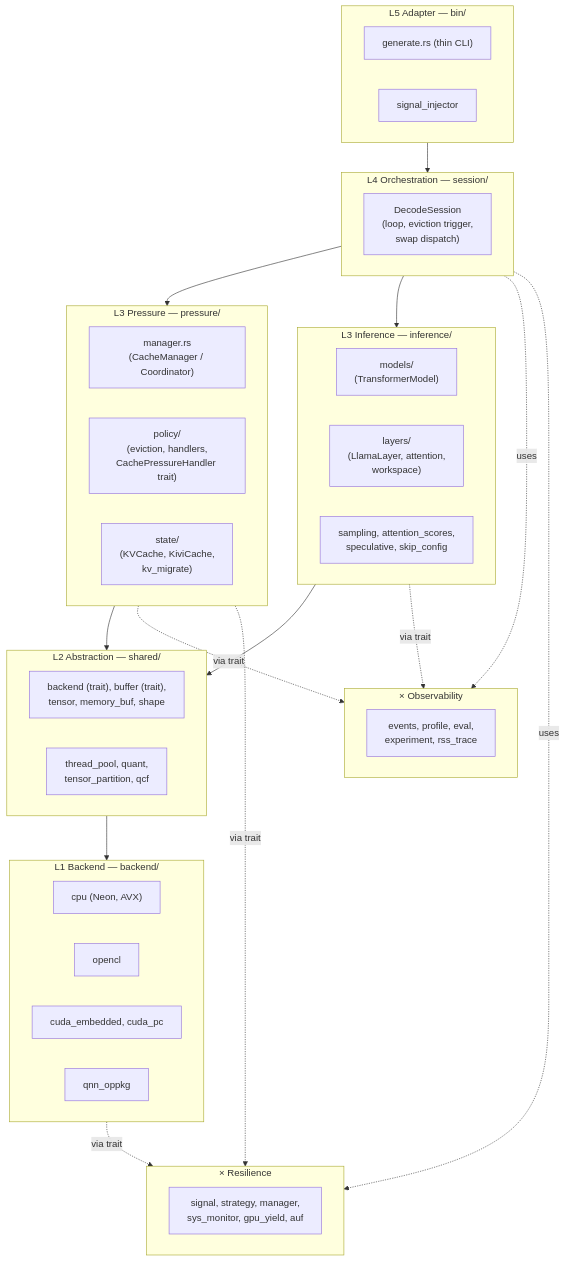
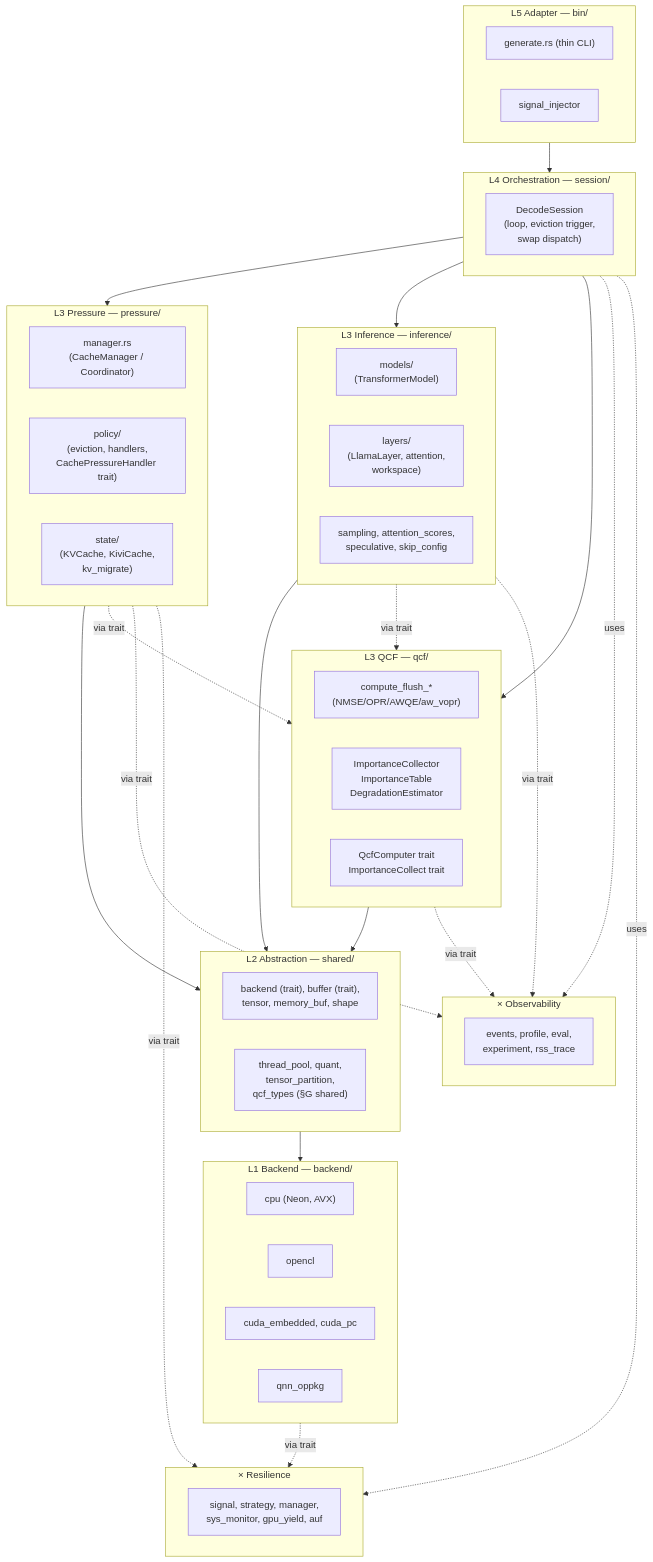
Before and after one commit to hedone21/llm_rs2: the sixth of 6 diagrams in ARCHITECTURE.md, drawn with Mermaid. The commit also changed other lines of this file and 4 other files, not shown here.

````diff
--- a/ARCHITECTURE.md
+++ b/ARCHITECTURE.md
@@ -1107,49 +1110,59 @@
 ```mermaid
 flowchart TB
     subgraph L5 ["L5 Adapter — bin/"]
         Gen["generate.rs (thin CLI)"]
         SigInj["signal_injector"]
     end
     subgraph L4 ["L4 Orchestration — session/"]
         Sess["DecodeSession<br/>(loop, eviction trigger,<br/>swap dispatch)"]
     end
     subgraph L3A ["L3 Pressure — pressure/"]
         CM["manager.rs<br/>(CacheManager / Coordinator)"]
         Pol["policy/<br/>(eviction, handlers,<br/>CachePressureHandler trait)"]
         State["state/<br/>(KVCache, KiviCache,<br/>kv_migrate)"]
     end
     subgraph L3B ["L3 Inference — inference/"]
         Models["models/<br/>(TransformerModel)"]
         Layers["layers/<br/>(LlamaLayer, attention,<br/>workspace)"]
         Samp["sampling, attention_scores,<br/>speculative, skip_config"]
     end
+    subgraph L3C ["L3 QCF — qcf/"]
+        QcfCompute["compute_flush_*<br/>(NMSE/OPR/AWQE/aw_vopr)"]
+        QcfImp["ImportanceCollector<br/>ImportanceTable<br/>DegradationEstimator"]
+        QcfTraits["QcfComputer trait<br/>ImportanceCollect trait"]
+    end
     subgraph L2 ["L2 Abstraction — shared/"]
         Trait["backend (trait), buffer (trait),<br/>tensor, memory_buf, shape"]
-        Util["thread_pool, quant,<br/>tensor_partition, qcf"]
+        Util["thread_pool, quant,<br/>tensor_partition,<br/>qcf_types (§G shared)"]
     end
     subgraph L1 ["L1 Backend — backend/"]
         CPU["cpu (Neon, AVX)"]
         CL["opencl"]
         CUDA["cuda_embedded, cuda_pc"]
         QNN["qnn_oppkg"]
     end
     subgraph CC1 ["× Observability"]
         Obs["events, profile, eval,<br/>experiment, rss_trace"]
     end
     subgraph CC2 ["× Resilience"]
         Res["signal, strategy, manager,<br/>sys_monitor, gpu_yield, auf"]
     end
 
     L5 --> L4
     L4 --> L3A
     L4 --> L3B
+    L4 --> L3C
     L3A --> L2
     L3B --> L2
+    L3C --> L2
     L2 --> L1
+    L3A -.via trait.-> L3C
+    L3B -.via trait.-> L3C
     L4 -.uses.-> CC1
     L4 -.uses.-> CC2
     L3A -.via trait.-> CC1
     L3A -.via trait.-> CC2
     L3B -.via trait.-> CC1
+    L3C -.via trait.-> CC1
     L1 -.via trait.-> CC2
 ```
````
